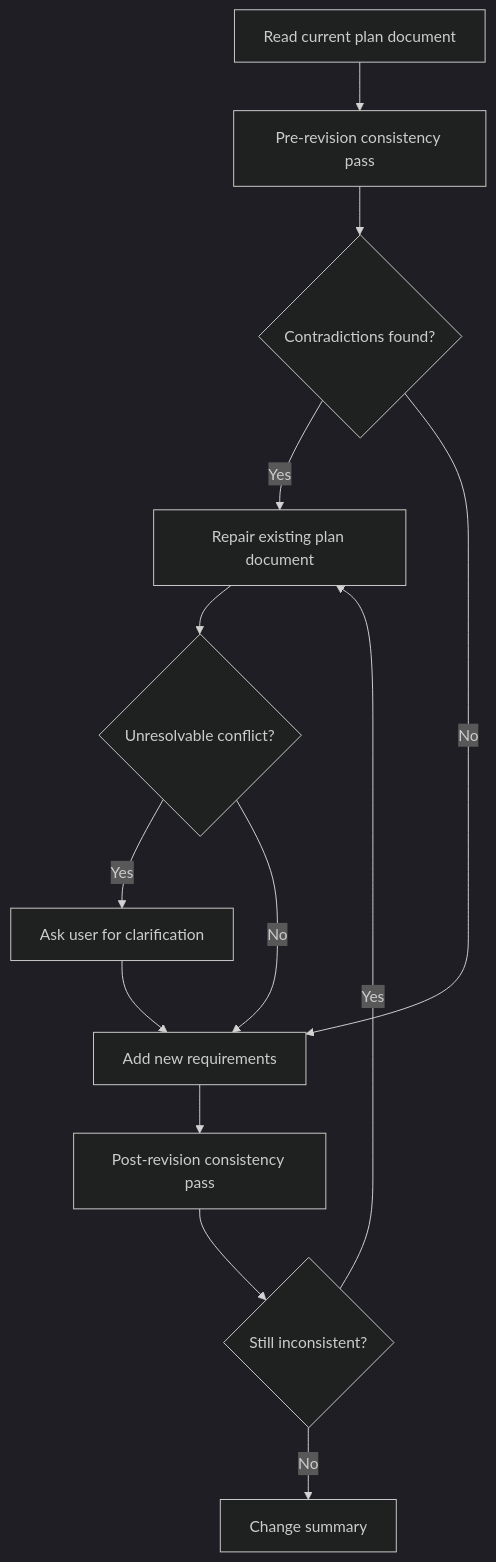
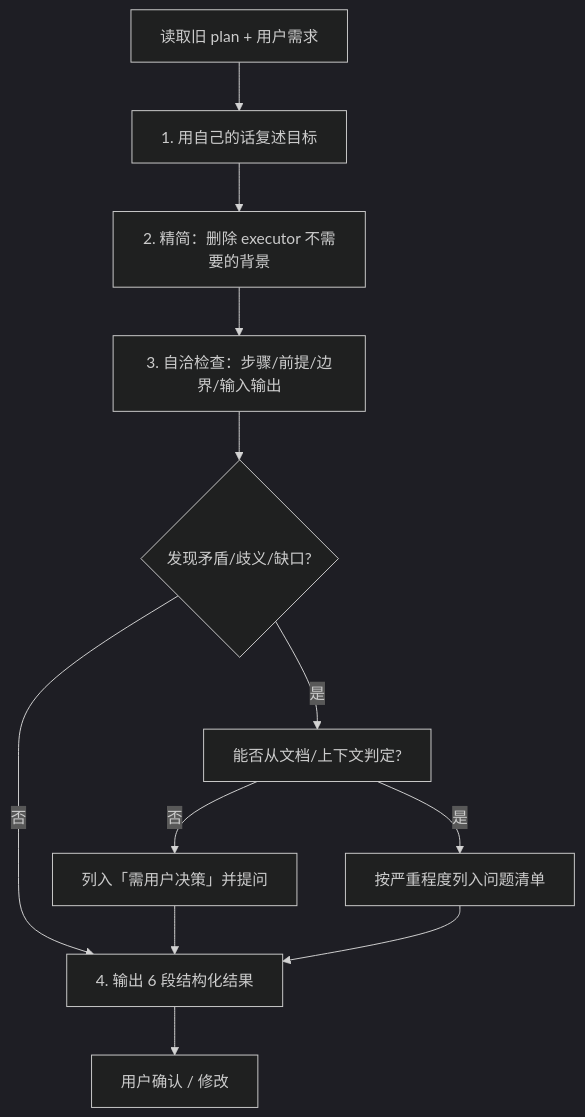
Before and after one commit to JL10897/vibecoding-life-pack: the diagram in canonical/shared/skills/plan-revise/SKILL.md, drawn with Mermaid (dark theme). The commit also changed other lines of this file, not shown here.

````diff
--- a/canonical/shared/skills/plan-revise/SKILL.md
+++ b/canonical/shared/skills/plan-revise/SKILL.md
@@ -83,15 +46,14 @@
 ```mermaid
 flowchart TD
-    A[Read current plan document] --> B[Pre-revision consistency pass]
-    B --> C{Contradictions found?}
-    C -- Yes --> D[Repair existing plan document]
-    D --> E{Unresolvable conflict?}
-    E -- Yes --> F[Ask user for clarification]
-    E -- No --> G[Add new requirements]
-    C -- No --> G
-    F --> G
-    G --> H[Post-revision consistency pass]
-    H --> I{Still inconsistent?}
-    I -- Yes --> D
-    I -- No --> J[Change summary]
+    A[读取旧 plan + 用户需求] --> B[1. 用自己的话复述目标]
+    B --> C[2. 精简：删除 executor 不需要的背景]
+    C --> D[3. 自洽检查：步骤/前提/边界/输入输出]
+    D --> E{发现矛盾/歧义/缺口?}
+    E -- 是 --> F[能否从文档/上下文判定?]
+    F -- 否 --> G[列入「需用户决策」并提问]
+    F -- 是 --> H[按严重程度列入问题清单]
+    E -- 否 --> I[4. 输出 6 段结构化结果]
+    G --> I
+    H --> I
+    I --> J[用户确认 / 修改]
 ```
````
